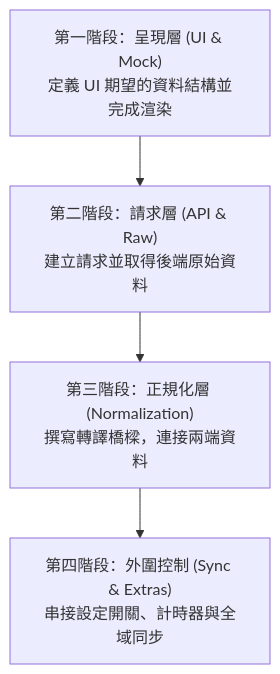
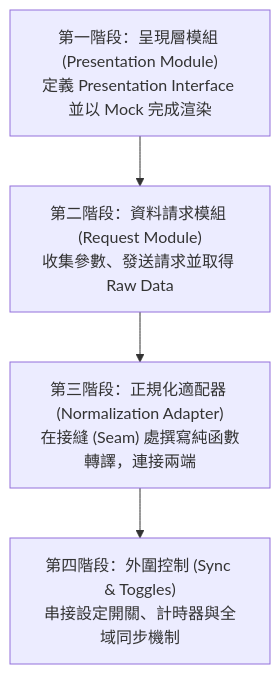
One commit to BoYuanSu/agent-skills changed the diagram in src/frontend/implementation-sequence.md. Above: the diagram before and after it, drawn with Mermaid. The commit also changed other lines of this file and 1 other file, not shown here.

````diff
--- a/src/frontend/implementation-sequence.md
+++ b/src/frontend/implementation-sequence.md
@@ -14,6 +14,6 @@
 ```mermaid
 graph TD
-    A["第一階段：呈現層 (UI & Mock)<br>定義 UI 期望的資料結構並完成渲染"] --> B["第二階段：請求層 (API & Raw)<br>建立請求並取得後端原始資料"]
-    B --> C["第三階段：正規化層 (Normalization)<br>撰寫轉譯橋樑，連接兩端資料"]
-    C --> D["第四階段：外圍控制 (Sync & Extras)<br>串接設定開關、計時器與全域同步"]
+    A["第一階段：呈現層模組 (Presentation Module)<br>定義 Presentation Interface 並以 Mock 完成渲染"] --> B["第二階段：資料請求模組 (Request Module)<br>收集參數、發送請求並取得 Raw Data"]
+    B --> C["第三階段：正規化適配器 (Normalization Adapter)<br>在接縫 (Seam) 處撰寫純函數轉譯，連接兩端"]
+    C --> D["第四階段：外圍控制 (Sync & Toggles)<br>串接設定開關、計時器與全域同步機制"]
 ```
````
